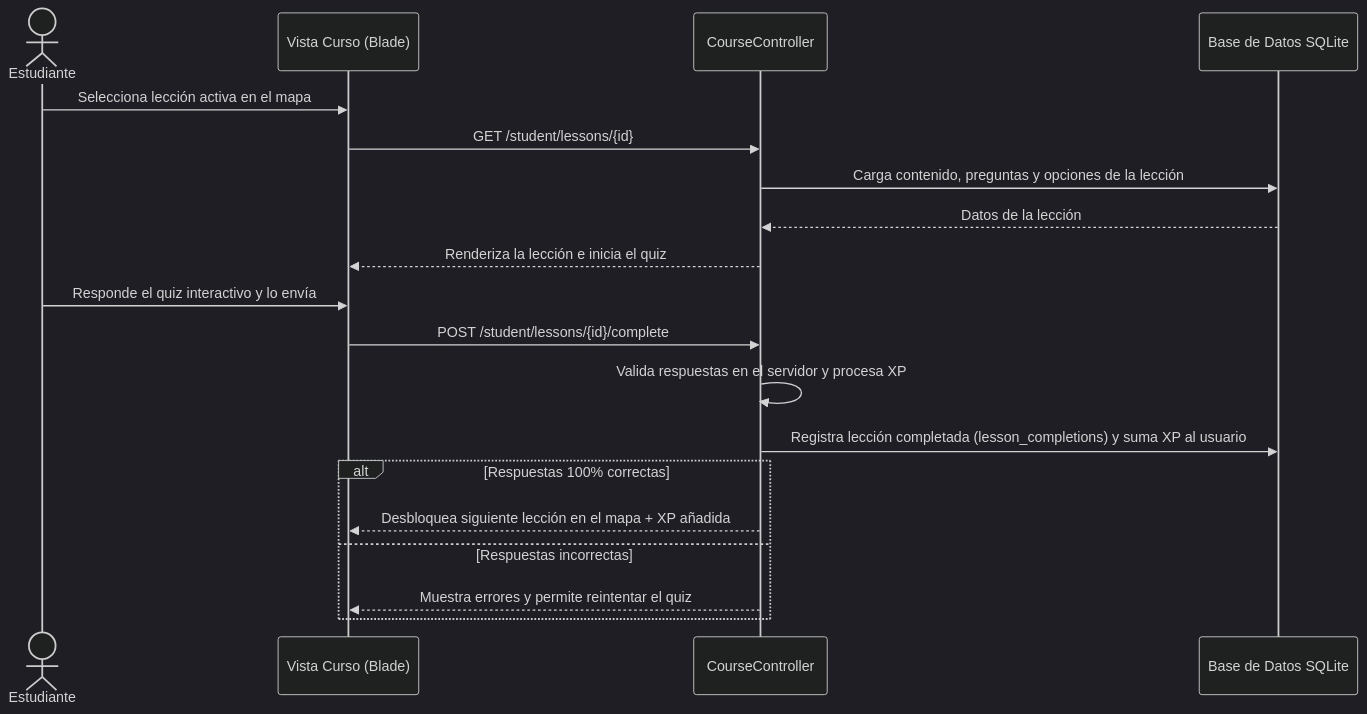
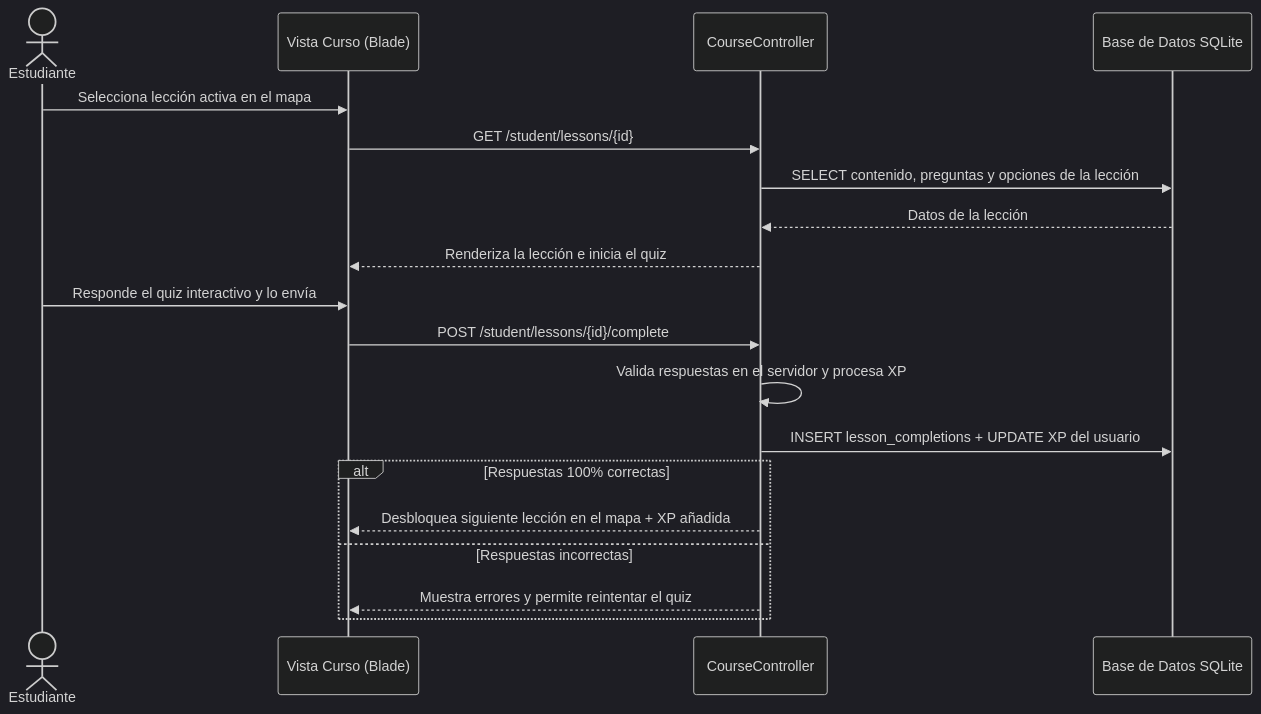
The fourth of 7 diagrams in README.md (Jose-Sierra082005/sistema-militar-unefa), drawn with Mermaid (dark theme) before and after one commit. The commit also changed other lines of this file, not shown here.

````diff
--- a/README.md
+++ b/README.md
@@ -170,25 +170,25 @@
 ```mermaid
 sequenceDiagram
     actor E as Estudiante
     participant V as Vista Curso (Blade)
     participant EC as CourseController
     participant DB as Base de Datos SQLite
 
     E->>V: Selecciona lección activa en el mapa
     V->>EC: GET /student/lessons/{id}
-    EC->>DB: Carga contenido, preguntas y opciones de la lección
+    EC->>DB: SELECT contenido, preguntas y opciones de la lección
     DB-->>EC: Datos de la lección
     EC-->>V: Renderiza la lección e inicia el quiz
 
     E->>V: Responde el quiz interactivo y lo envía
     V->>EC: POST /student/lessons/{id}/complete
 
     EC->>EC: Valida respuestas en el servidor y procesa XP
-    EC->>DB: Registra lección completada (lesson_completions) y suma XP al usuario
+    EC->>DB: INSERT lesson_completions + UPDATE XP del usuario
     
     alt Respuestas 100% correctas
         EC-->>V: Desbloquea siguiente lección en el mapa + XP añadida
     else Respuestas incorrectas
         EC-->>V: Muestra errores y permite reintentar el quiz
     end
 ```
````
